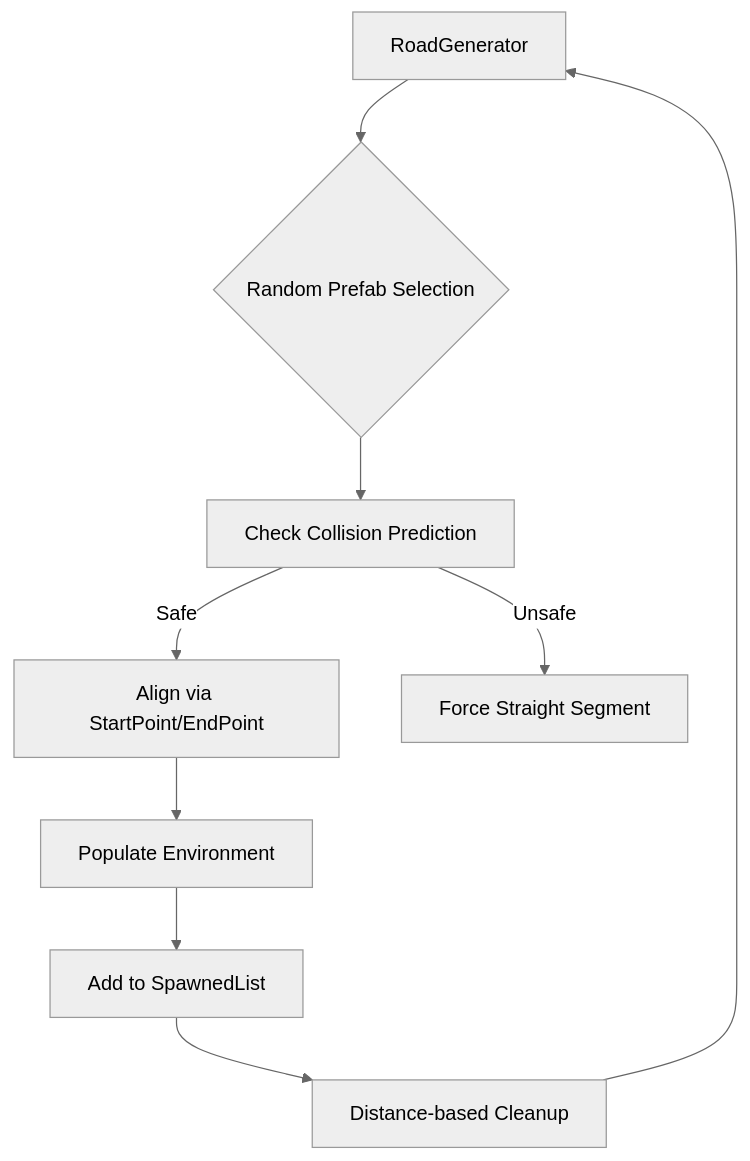
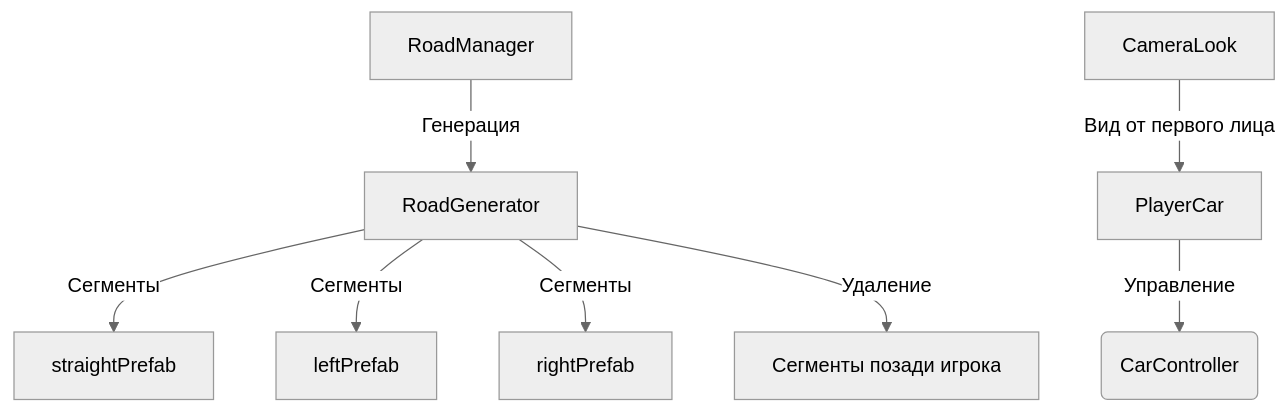
One commit to Pashim-machine/WhiteNoiseRoad changed the diagram in README.md. Above: the diagram before and after it, drawn with Mermaid (neutral theme). The commit also changed other lines of this file, not shown here.

````diff
--- a/README.md
+++ b/README.md
@@ -29,11 +41,10 @@
 ```mermaid
 graph TD
-    A[RoadGenerator] --> B{Random Prefab Selection}
-    B --> C[Check Collision Prediction]
-    C -- Safe --> D[Align via StartPoint/EndPoint]
-    C -- Unsafe --> E[Force Straight Segment]
-    D --> F[Populate Environment]
-    F --> G[Add to SpawnedList]
-    G --> H[Distance-based Cleanup]
-    H --> A
+    A[PlayerCar] -->|Управление| B(CarController)
+    C[RoadManager] -->|Генерация| D[RoadGenerator]
+    D -->|Сегменты| E[straightPrefab]
+    D -->|Сегменты| F[leftPrefab]
+    D -->|Сегменты| G[rightPrefab]
+    H[CameraLook] -->|Вид от первого лица| A
+    D -->|Удаление| I[Сегменты позади игрока]
 ```
````
